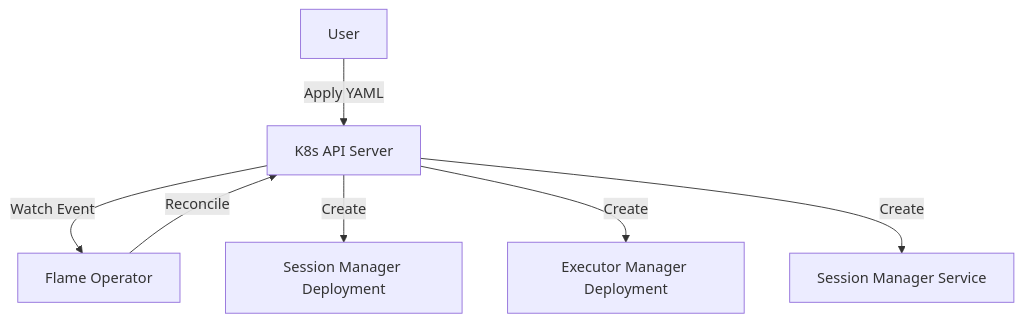
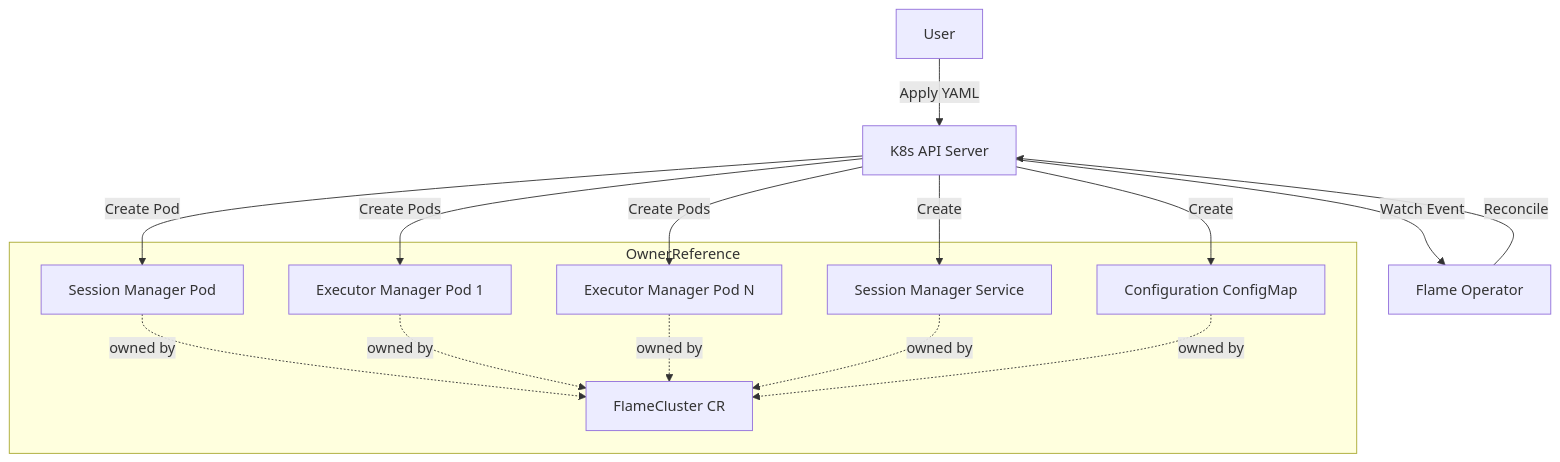
The diagram in docs/design/flame-operator-hld.md (xflops/flame-operator), drawn with Mermaid before and after one commit. The commit also changed other lines of this file, not shown here.

First line of the commit message:
HLD: Address review feedback - use v1.Pod with ownerReference and add ConfigMap configuration

````diff
--- a/docs/design/flame-operator-hld.md
+++ b/docs/design/flame-operator-hld.md
@@ -48,9 +61,19 @@
 ```mermaid
 graph TD
     User[User] -->|Apply YAML| API[K8s API Server]
     API -->|Watch Event| Controller[Flame Operator]
     Controller -->|Reconcile| API
-    API -->|Create| SM[Session Manager Deployment]
-    API -->|Create| EM[Executor Manager Deployment]
+    API -->|Create Pod| SM[Session Manager Pod]
+    API -->|Create Pods| EM1[Executor Manager Pod 1]
+    API -->|Create Pods| EM2[Executor Manager Pod N]
     API -->|Create| SVC[Session Manager Service]
+    API -->|Create| CM[Configuration ConfigMap]
+    
+    subgraph "OwnerReference"
+        SM -.->|owned by| FC[FlameCluster CR]
+        EM1 -.->|owned by| FC
+        EM2 -.->|owned by| FC
+        SVC -.->|owned by| FC
+        CM -.->|owned by| FC
+    end
 ```
````
